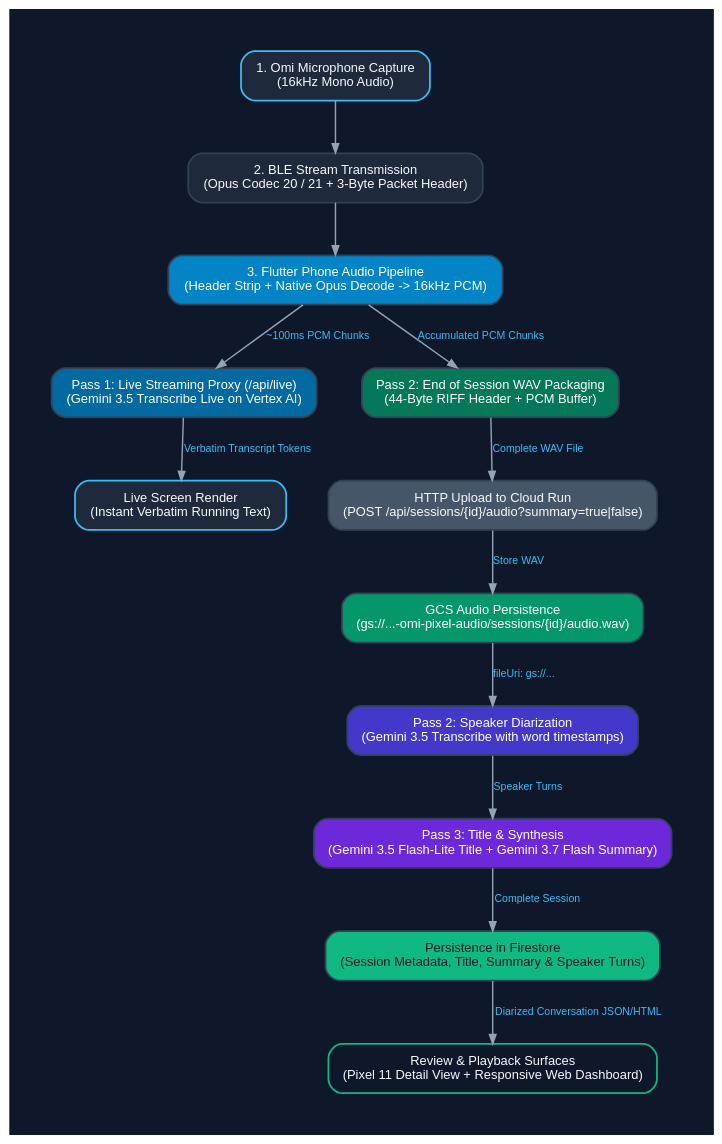
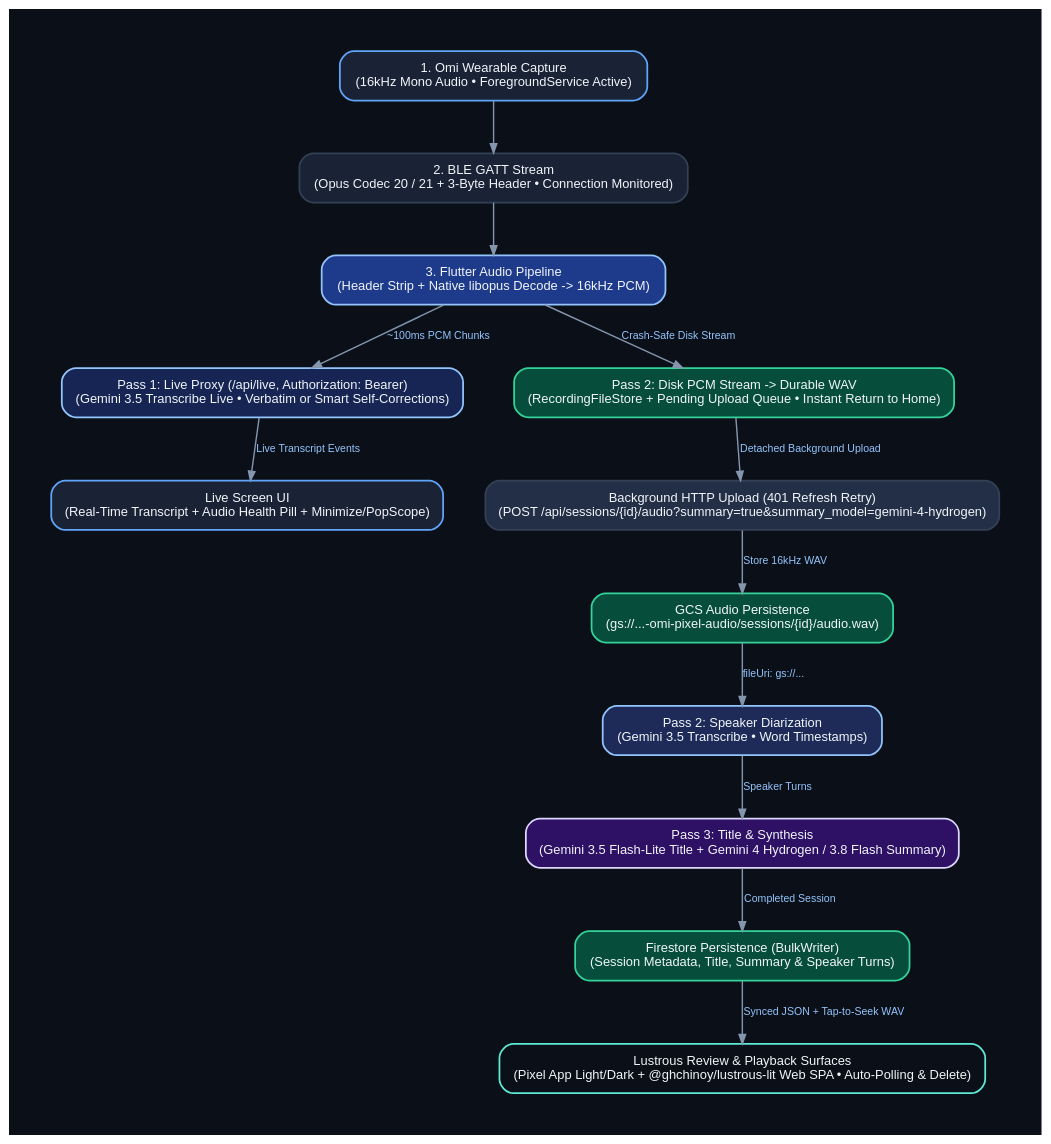
One commit to ghchinoy/omi-pixel changed the diagram in docs/diagrams/dataflow.dot. Above: the diagram before and after it, drawn with Graphviz. The commit also changed 6 other files, not shown here.

Commit message:
fix(flutter): fix narrow-screen overflow & refresh v0.4.0 architecture diagrams (omi-pixel-qhm, omi-pixel-0wl)

```diff
--- a/docs/diagrams/dataflow.dot
+++ b/docs/diagrams/dataflow.dot
@@ -1,65 +1,66 @@
 digraph OmiPixelDataFlow {
     graph [
         rankdir=TB,
-        bgcolor="#0f172a",
+        bgcolor="#0b0f17",
         fontname="Helvetica,Arial,sans-serif",
         fontsize=12,
         pad="0.5",
         nodesep="0.5",
         ranksep="0.6"
     ];
 
     node [
         shape=box,
         style="filled,rounded",
         fontname="Helvetica,Arial,sans-serif",
         fontsize=11,
         color="#334155",
-        fontcolor="#f8fafc",
+        fontcolor="#f1f5f9",
         penwidth=1.5,
         margin="0.2,0.12"
     ];
 
     edge [
         fontname="Helvetica,Arial,sans-serif",
         fontsize=9,
-        color="#94a3b8",
-        fontcolor="#38bdf8",
+        color="#8496ae",
+        fontcolor="#93c5fd",
         penwidth=1.2,
         arrowsize=0.8
     ];
 
-    // Nodes
-    step_mic [label="1. Omi Microphone Capture\n(16kHz Mono Audio)", fillcolor="#1e293b", color="#38bdf8"];
-    step_ble [label="2. BLE Stream Transmission\n(Opus Codec 20 / 21 + 3-Byte Packet Header)", fillcolor="#1e293b"];
-    step_decode [label="3. Flutter Phone Audio Pipeline\n(Header Strip + Native Opus Decode -> 16kHz PCM)", fillcolor="#0284c7", fontcolor="#ffffff"];
-    
-    // Split branches
-    step_live_ws [label="Pass 1: Live Streaming Proxy (/api/live)\n(Gemini 3.5 Transcribe Live on Vertex AI)", fillcolor="#0369a1", fontcolor="#ffffff"];
-    step_live_ui [label="Live Screen Render\n(Instant Verbatim Running Text)", fillcolor="#1e293b", color="#38bdf8"];
+    // Capture & Decode
+    step_mic [label="1. Omi Wearable Capture\n(16kHz Mono Audio • ForegroundService Active)", fillcolor="#1a2336", color="#60a5fa"];
+    step_ble [label="2. BLE GATT Stream\n(Opus Codec 20 / 21 + 3-Byte Header • Connection Monitored)", fillcolor="#1a2336"];
+    step_decode [label="3. Flutter Audio Pipeline\n(Header Strip + Native libopus Decode -> 16kHz PCM)", fillcolor="#1e3a8a", color="#93c5fd"];
 
-    step_wav_pack [label="Pass 2: End of Session WAV Packaging\n(44-Byte RIFF Header + PCM Buffer)", fillcolor="#047857", fontcolor="#ffffff"];
-    step_upload [label="HTTP Upload to Cloud Run\n(POST /api/sessions/{id}/audio?summary=true|false)", fillcolor="#475569"];
-    step_gcs [label="GCS Audio Persistence\n(gs://...-omi-pixel-audio/sessions/{id}/audio.wav)", fillcolor="#059669", fontcolor="#ffffff"];
-    step_diarize [label="Pass 2: Speaker Diarization\n(Gemini 3.5 Transcribe with word timestamps)", fillcolor="#4338ca", fontcolor="#ffffff"];
-    step_synthesis [label="Pass 3: Title & Synthesis\n(Gemini 3.5 Flash-Lite Title + Gemini 3.7 Flash Summary)", fillcolor="#6d28d9", fontcolor="#ffffff"];
-    step_store [label="Persistence in Firestore\n(Session Metadata, Title, Summary & Speaker Turns)", fillcolor="#10b981", fontcolor="#0f172a"];
-    step_review [label="Review & Playback Surfaces\n(Pixel 11 Detail View + Responsive Web Dashboard)", fillcolor="#0f172a", color="#10b981"];
+    // Pass 1: Live
+    step_live_ws [label="Pass 1: Live Proxy (/api/live, Authorization: Bearer)\n(Gemini 3.5 Transcribe Live • Verbatim or Smart Self-Corrections)", fillcolor="#172554", color="#93c5fd"];
+    step_live_ui [label="Live Screen UI\n(Real-Time Transcript + Audio Health Pill + Minimize/PopScope)", fillcolor="#1a2336", color="#60a5fa"];
+
+    // Pass 2 & 3: Durable Disk + Background Diarization
+    step_disk_wav [label="Pass 2: Disk PCM Stream -> Durable WAV\n(RecordingFileStore + Pending Upload Queue • Instant Return to Home)", fillcolor="#064e3b", color="#34d399"];
+    step_upload [label="Background HTTP Upload (401 Refresh Retry)\n(POST /api/sessions/{id}/audio?summary=true&summary_model=gemini-4-hydrogen)", fillcolor="#232f46"];
+    step_gcs [label="GCS Audio Persistence\n(gs://...-omi-pixel-audio/sessions/{id}/audio.wav)", fillcolor="#064e3b", color="#34d399"];
+    step_diarize [label="Pass 2: Speaker Diarization\n(Gemini 3.5 Transcribe • Word Timestamps)", fillcolor="#1e2b58", color="#93c5fd"];
+    step_synthesis [label="Pass 3: Title & Synthesis\n(Gemini 3.5 Flash-Lite Title + Gemini 4 Hydrogen / 3.8 Flash Summary)", fillcolor="#2e1065", color="#ddd6fe"];
+    step_store [label="Firestore Persistence (BulkWriter)\n(Session Metadata, Title, Summary & Speaker Turns)", fillcolor="#064e3b", color="#34d399"];
+    step_review [label="Lustrous Review & Playback Surfaces\n(Pixel App Light/Dark + @ghchinoy/lustrous-lit Web SPA • Auto-Polling & Delete)", fillcolor="#0b0f17", color="#5eead4"];
 
     // Flow
     step_mic -> step_ble;
     step_ble -> step_decode;
 
     // Pass 1
     step_decode -> step_live_ws [label="~100ms PCM Chunks"];
-    step_live_ws -> step_live_ui [label="Verbatim Transcript Tokens"];
+    step_live_ws -> step_live_ui [label="Live Transcript Events"];
 
     // Pass 2 & 3
-    step_decode -> step_wav_pack [label="Accumulated PCM Chunks"];
-    step_wav_pack -> step_upload [label="Complete WAV File"];
-    step_upload -> step_gcs [label="Store WAV"];
+    step_decode -> step_disk_wav [label="Crash-Safe Disk Stream"];
+    step_disk_wav -> step_upload [label="Detached Background Upload"];
+    step_upload -> step_gcs [label="Store 16kHz WAV"];
     step_gcs -> step_diarize [label="fileUri: gs://..."];
     step_diarize -> step_synthesis [label="Speaker Turns"];
-    step_synthesis -> step_store [label="Complete Session"];
-    step_store -> step_review [label="Diarized Conversation JSON/HTML"];
+    step_synthesis -> step_store [label="Completed Session"];
+    step_store -> step_review [label="Synced JSON + Tap-to-Seek WAV"];
 }
```
